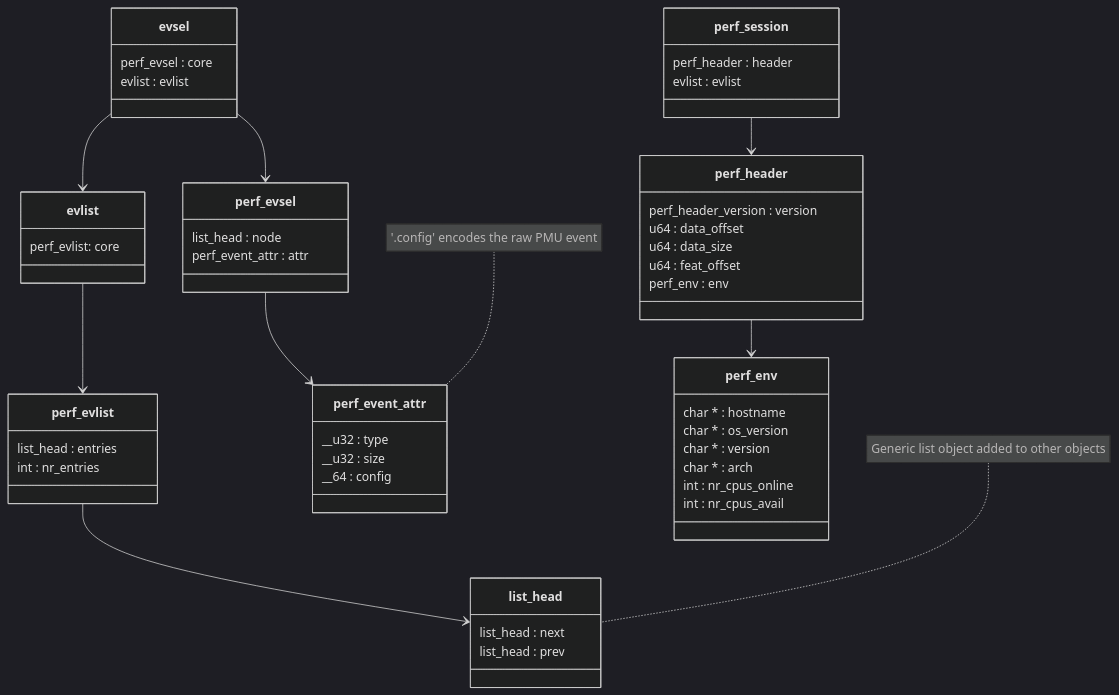
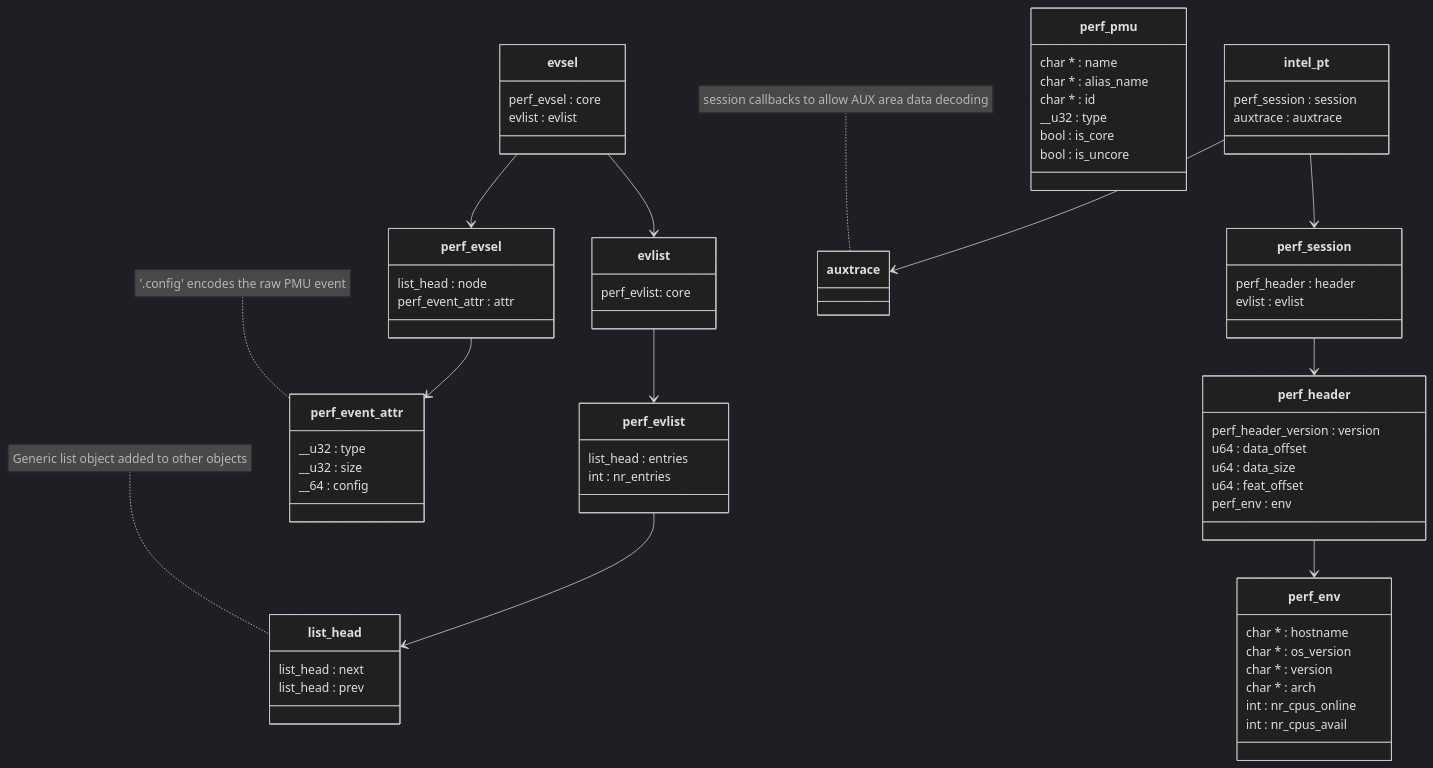
One commit to jamesodhunt/foo changed the diagram in mermaid-classes-2.md. Above: the diagram before and after it, drawn with Mermaid (dark theme).

````diff
--- a/mermaid-classes-2.md
+++ b/mermaid-classes-2.md
@@ -58,6 +58,24 @@
     }
     note for list_head "Generic list object added to other objects"
 
+    class intel_pt {
+      perf_session : session
+      auxtrace : auxtrace      
+    }
+
+    class auxtrace {
+    }
+    note for auxtrace "session callbacks to allow AUX area data decoding"
+
+    class perf_pmu {
+      char * : name
+      char * : alias_name
+      char * : id
+      __u32 : type
+      bool : is_core
+      bool : is_uncore
+    }
+
     %% -------------------------------------------
     %% Define relationships
 
@@ -68,5 +86,6 @@
     perf_evlist --> list_head
     perf_session --> perf_header
     perf_header --> perf_env
-
+    intel_pt --> perf_session
+    intel_pt --> auxtrace
 ```
````
